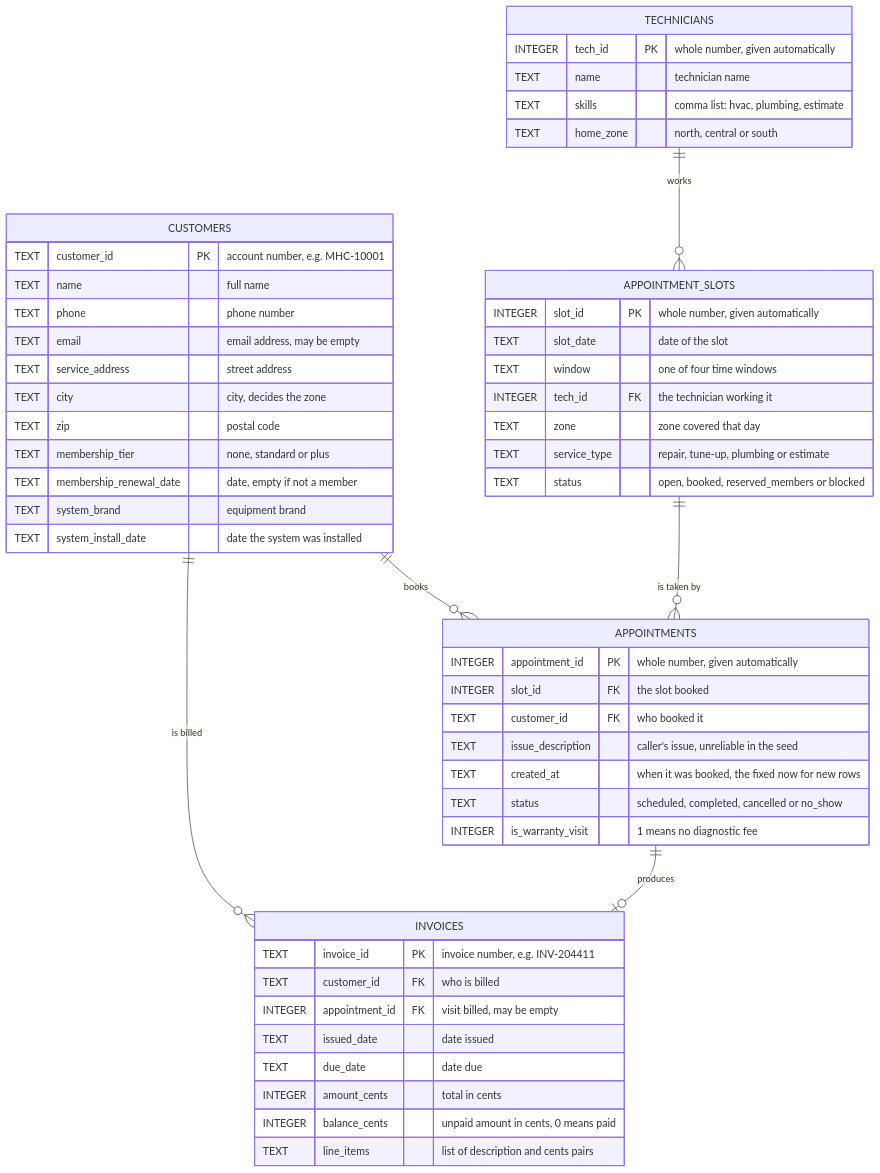
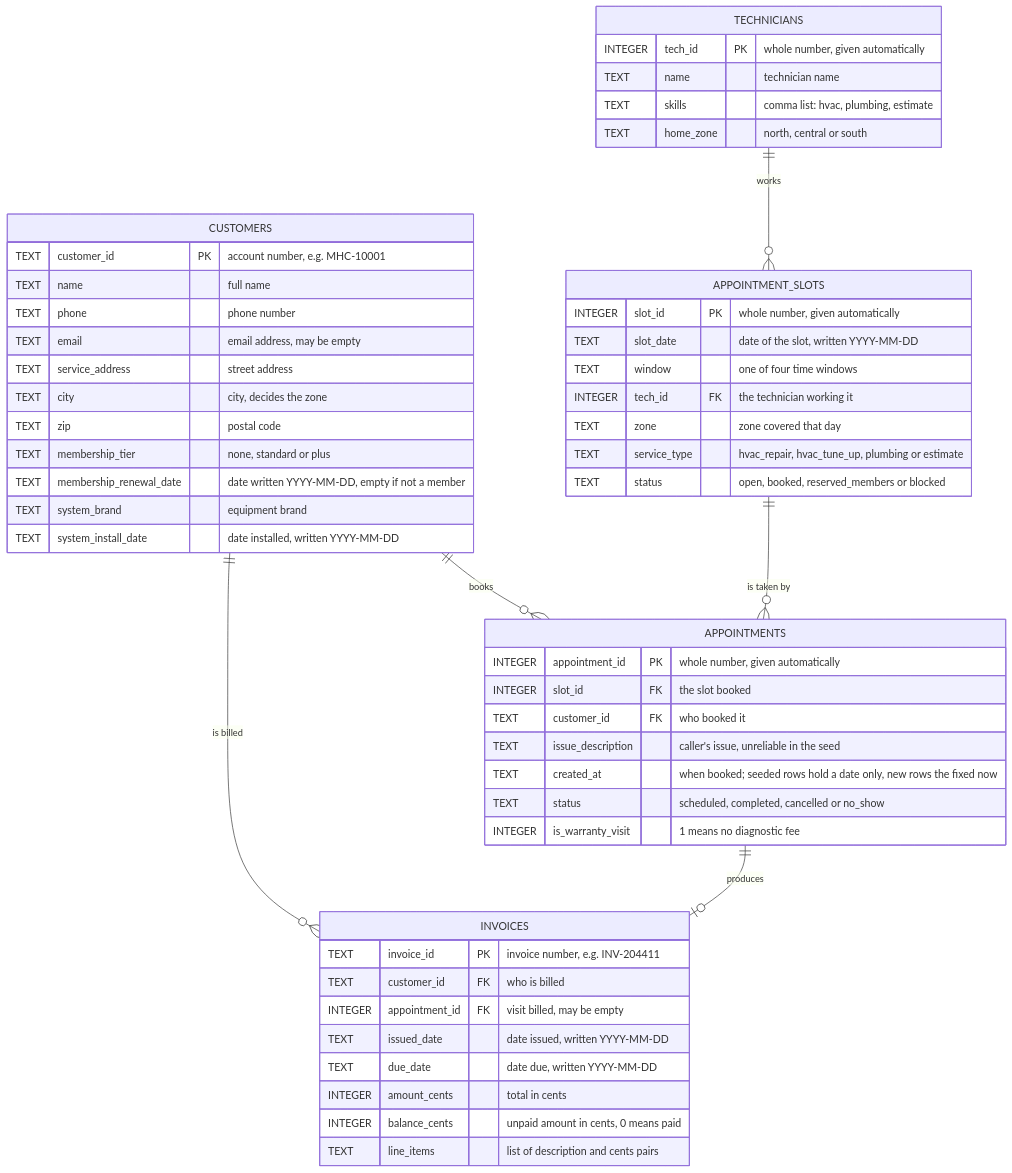
Before and after one commit to lucycchi/AI_Call_Center_Agent: the third of 21 diagrams in docs/ARCHITECTURE.md, drawn with Mermaid. The commit also changed other lines of this file and 26 other files, not shown here.

````diff
--- a/docs/ARCHITECTURE.md
+++ b/docs/ARCHITECTURE.md
@@ -95,55 +98,55 @@
 ```mermaid
 erDiagram
     CUSTOMERS ||--o{ APPOINTMENTS : "books"
     CUSTOMERS ||--o{ INVOICES : "is billed"
     TECHNICIANS ||--o{ APPOINTMENT_SLOTS : "works"
     APPOINTMENT_SLOTS ||--o{ APPOINTMENTS : "is taken by"
     APPOINTMENTS ||--o| INVOICES : "produces"
     CUSTOMERS {
         TEXT customer_id PK "account number, e.g. MHC-10001"
         TEXT name "full name"
         TEXT phone "phone number"
         TEXT email "email address, may be empty"
         TEXT service_address "street address"
         TEXT city "city, decides the zone"
         TEXT zip "postal code"
         TEXT membership_tier "none, standard or plus"
-        TEXT membership_renewal_date "date, empty if not a member"
+        TEXT membership_renewal_date "date written YYYY-MM-DD, empty if not a member"
         TEXT system_brand "equipment brand"
-        TEXT system_install_date "date the system was installed"
+        TEXT system_install_date "date installed, written YYYY-MM-DD"
     }
     TECHNICIANS {
         INTEGER tech_id PK "whole number, given automatically"
         TEXT name "technician name"
         TEXT skills "comma list: hvac, plumbing, estimate"
         TEXT home_zone "north, central or south"
     }
     APPOINTMENT_SLOTS {
         INTEGER slot_id PK "whole number, given automatically"
-        TEXT slot_date "date of the slot"
+        TEXT slot_date "date of the slot, written YYYY-MM-DD"
         TEXT window "one of four time windows"
         INTEGER tech_id FK "the technician working it"
         TEXT zone "zone covered that day"
-        TEXT service_type "repair, tune-up, plumbing or estimate"
+        TEXT service_type "hvac_repair, hvac_tune_up, plumbing or estimate"
         TEXT status "open, booked, reserved_members or blocked"
     }
     APPOINTMENTS {
         INTEGER appointment_id PK "whole number, given automatically"
         INTEGER slot_id FK "the slot booked"
         TEXT customer_id FK "who booked it"
         TEXT issue_description "caller's issue, unreliable in the seed"
-        TEXT created_at "when it was booked, the fixed now for new rows"
+        TEXT created_at "when booked; seeded rows hold a date only, new rows the fixed now"
         TEXT status "scheduled, completed, cancelled or no_show"
         INTEGER is_warranty_visit "1 means no diagnostic fee"
     }
     INVOICES {
         TEXT invoice_id PK "invoice number, e.g. INV-204411"
         TEXT customer_id FK "who is billed"
         INTEGER appointment_id FK "visit billed, may be empty"
-        TEXT issued_date "date issued"
-        TEXT due_date "date due"
+        TEXT issued_date "date issued, written YYYY-MM-DD"
+        TEXT due_date "date due, written YYYY-MM-DD"
         INTEGER amount_cents "total in cents"
         INTEGER balance_cents "unpaid amount in cents, 0 means paid"
         TEXT line_items "list of description and cents pairs"
     }
 ```
````
